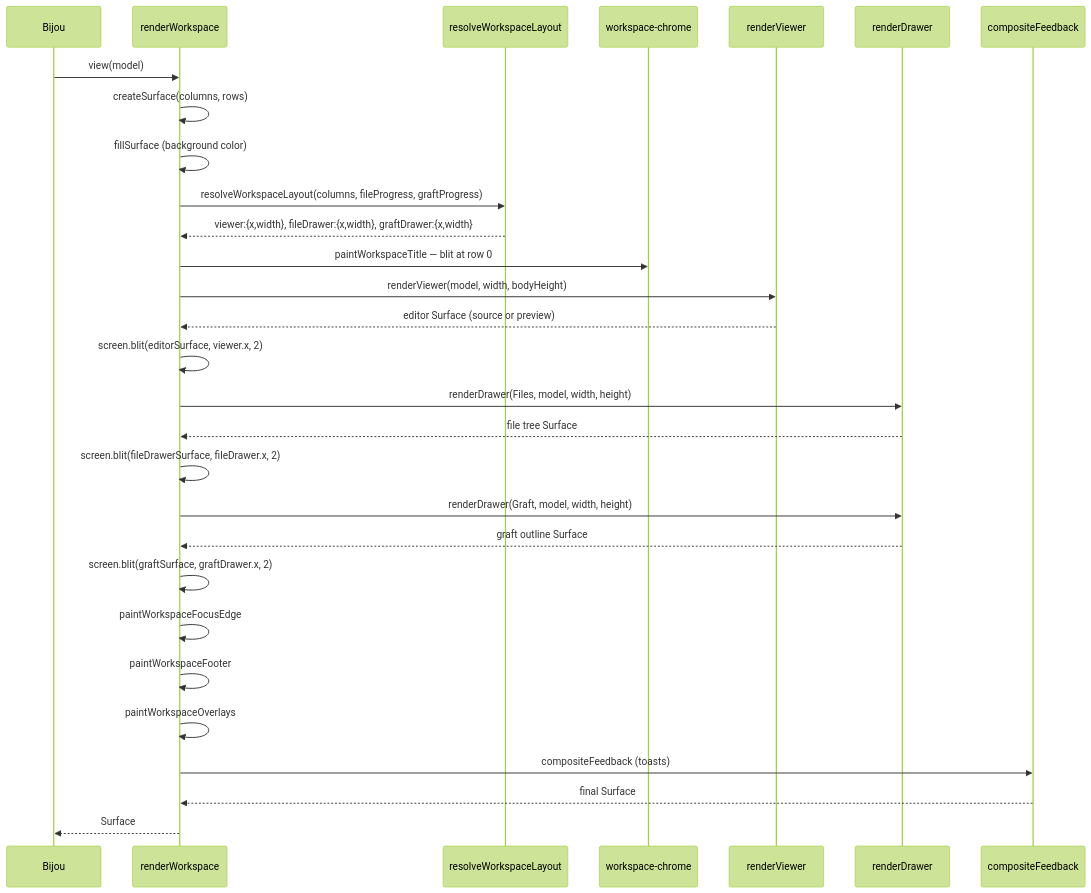
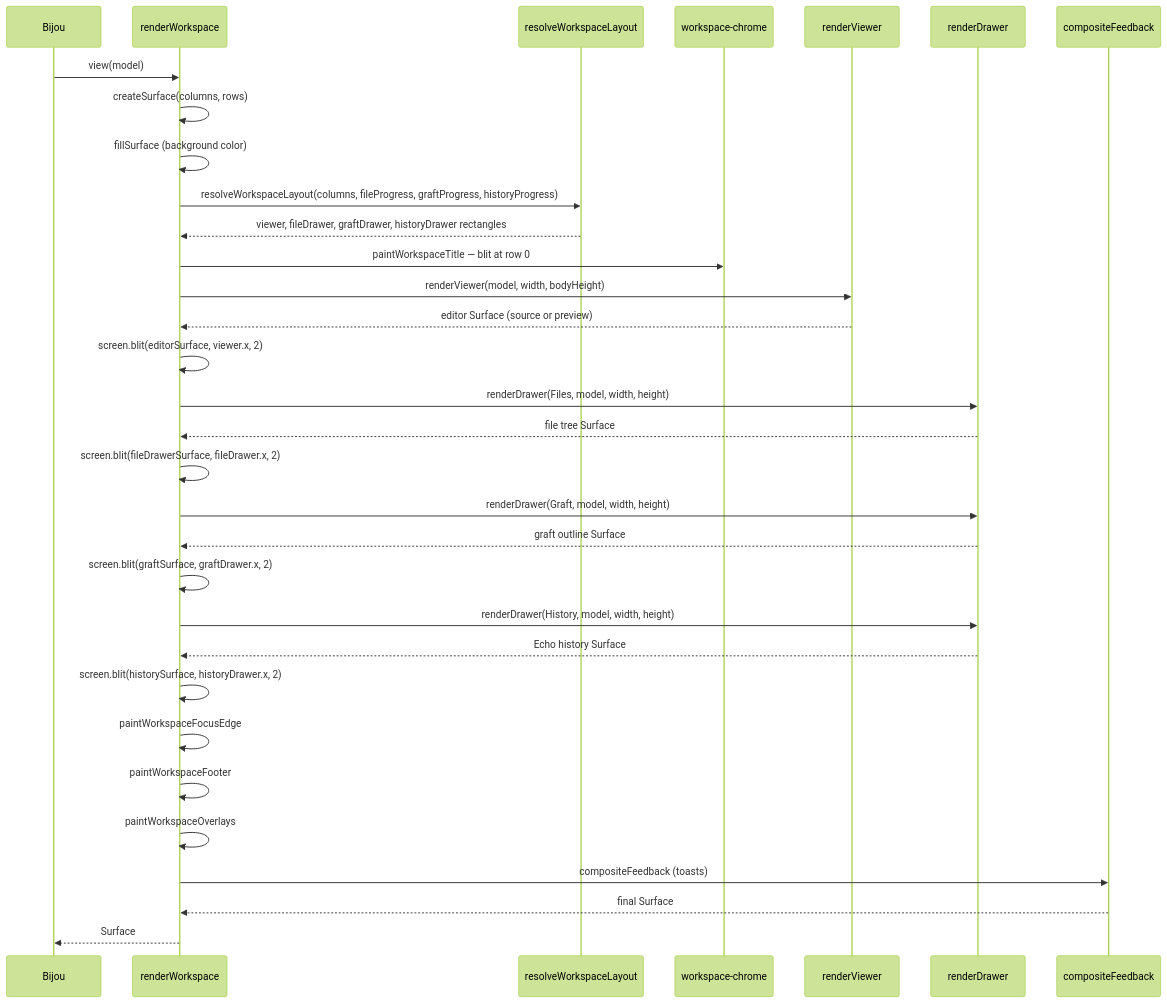
One commit to flyingrobots/jedit changed diagram 12 of 21 in docs/technical-teardown.md. Above: the diagram before and after it, drawn with Mermaid (forest theme). The commit also changed other lines of this file and 21 other files, not shown here.

Commit message:
fix(ui): resolve history and locale review issues

````diff
--- a/docs/technical-teardown.md
+++ b/docs/technical-teardown.md
@@ -721,32 +721,35 @@
 ```mermaid
 sequenceDiagram
     participant Bijou
     participant RW as renderWorkspace
     participant Layout as resolveWorkspaceLayout
     participant Chrome as workspace-chrome
     participant Viewer as renderViewer
     participant Drawer as renderDrawer
     participant Feedback as compositeFeedback
 
     Bijou->>RW: view(model)
     RW->>RW: createSurface(columns, rows)
     RW->>RW: fillSurface (background color)
-    RW->>Layout: resolveWorkspaceLayout(columns, fileProgress, graftProgress)
-    Layout-->>RW: viewer:{x,width}, fileDrawer:{x,width}, graftDrawer:{x,width}
+    RW->>Layout: resolveWorkspaceLayout(columns, fileProgress, graftProgress, historyProgress)
+    Layout-->>RW: viewer, fileDrawer, graftDrawer, historyDrawer rectangles
     RW->>Chrome: paintWorkspaceTitle — blit at row 0
     RW->>Viewer: renderViewer(model, width, bodyHeight)
     Viewer-->>RW: editor Surface (source or preview)
     RW->>RW: screen.blit(editorSurface, viewer.x, 2)
     RW->>Drawer: renderDrawer(Files, model, width, height)
     Drawer-->>RW: file tree Surface
     RW->>RW: screen.blit(fileDrawerSurface, fileDrawer.x, 2)
     RW->>Drawer: renderDrawer(Graft, model, width, height)
     Drawer-->>RW: graft outline Surface
     RW->>RW: screen.blit(graftSurface, graftDrawer.x, 2)
+    RW->>Drawer: renderDrawer(History, model, width, height)
+    Drawer-->>RW: Echo history Surface
+    RW->>RW: screen.blit(historySurface, historyDrawer.x, 2)
     RW->>RW: paintWorkspaceFocusEdge
     RW->>RW: paintWorkspaceFooter
     RW->>RW: paintWorkspaceOverlays
     RW->>Feedback: compositeFeedback (toasts)
     Feedback-->>RW: final Surface
     RW-->>Bijou: Surface
 ```
````
